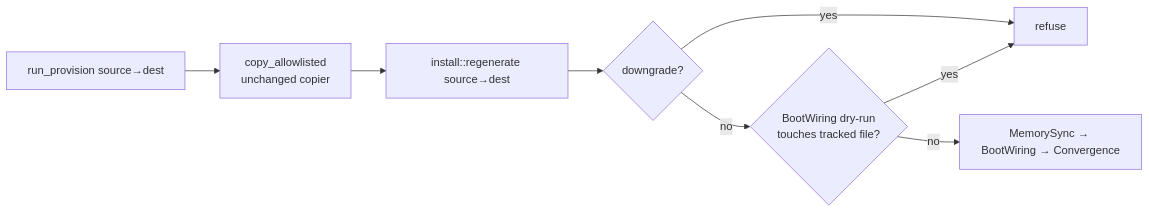
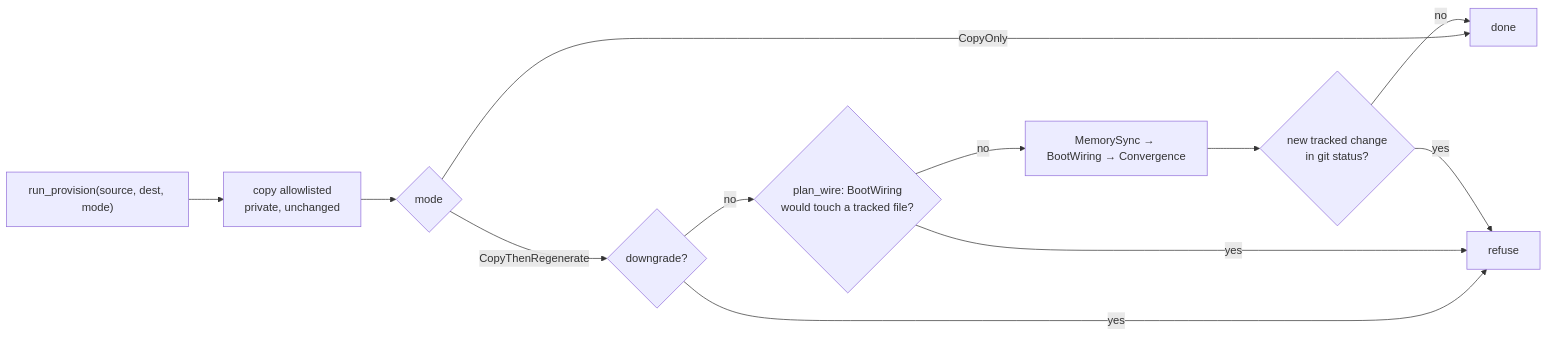
Before and after one commit to davidlee/doctrine: the diagram in .doctrine/slice/285/design.md, drawn with Mermaid. The commit also changed other lines of this file and 4 other files, not shown here.

````diff
--- a/.doctrine/slice/285/design.md
+++ b/.doctrine/slice/285/design.md
@@ -8,10 +8,14 @@
 ```mermaid
 flowchart LR
-  P[run_provision source→dest] --> C[copy_allowlisted<br/>unchanged copier]
-  C --> R[install::regenerate source→dest]
-  R --> G1{downgrade?}
+  P["run_provision(source, dest, mode)"] --> C[copy allowlisted<br/>private, unchanged]
+  C --> M{mode}
+  M -- CopyOnly --> D[done]
+  M -- CopyThenRegenerate --> G1{downgrade?}
   G1 -- yes --> X[refuse]
-  G1 -- no --> G2{BootWiring dry-run<br/>touches tracked file?}
+  G1 -- no --> G2{plan_wire: BootWiring<br/>would touch a tracked file?}
   G2 -- yes --> X
   G2 -- no --> L[MemorySync → BootWiring → Convergence]
+  L --> G3{new tracked change<br/>in git status?}
+  G3 -- yes --> X
+  G3 -- no --> D
 ```
````
